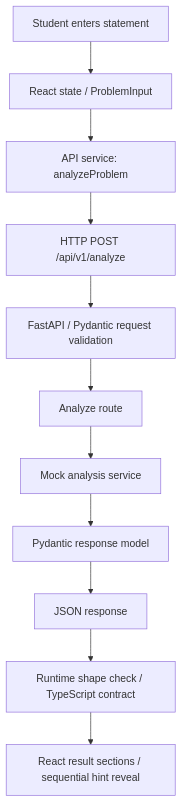
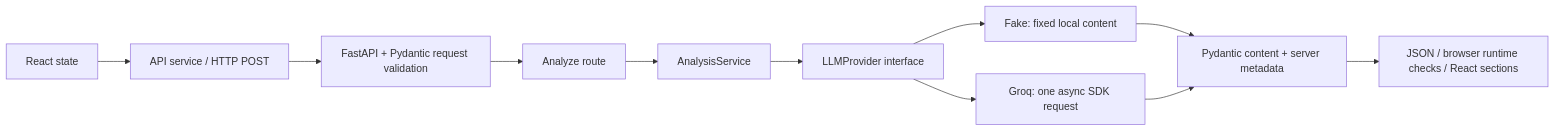
One commit to honey-cake7/AlgoLens changed the diagram in README.md. Above: the diagram before and after it, drawn with Mermaid. The commit also changed other lines of this file and 33 other files, not shown here.

Commit message:
feat: integrate Groq LLM for AI-powered problem analysis

````diff
--- a/README.md
+++ b/README.md
@@ -156,13 +157,13 @@
 ```mermaid
-flowchart TD
-    I[Student enters statement] --> R[React state / ProblemInput]
-    R --> C[API service: analyzeProblem]
-    C --> H[HTTP POST /api/v1/analyze]
-    H --> P[FastAPI / Pydantic request validation]
-    P --> A[Analyze route]
-    A --> S[Mock analysis service]
-    S --> M[Pydantic response model]
-    M --> J[JSON response]
-    J --> T[Runtime shape check / TypeScript contract]
-    T --> V[React result sections / sequential hint reveal]
+flowchart LR
+    R[React state] --> C[API service / HTTP POST]
+    C --> V[FastAPI + Pydantic request validation]
+    V --> A[Analyze route]
+    A --> S[AnalysisService]
+    S --> P[LLMProvider interface]
+    P --> F[Fake: fixed local content]
+    P --> G[Groq: one async SDK request]
+    F --> J[Pydantic content + server metadata]
+    G --> J
+    J --> U[JSON / browser runtime checks / React sections]
 ```
````
